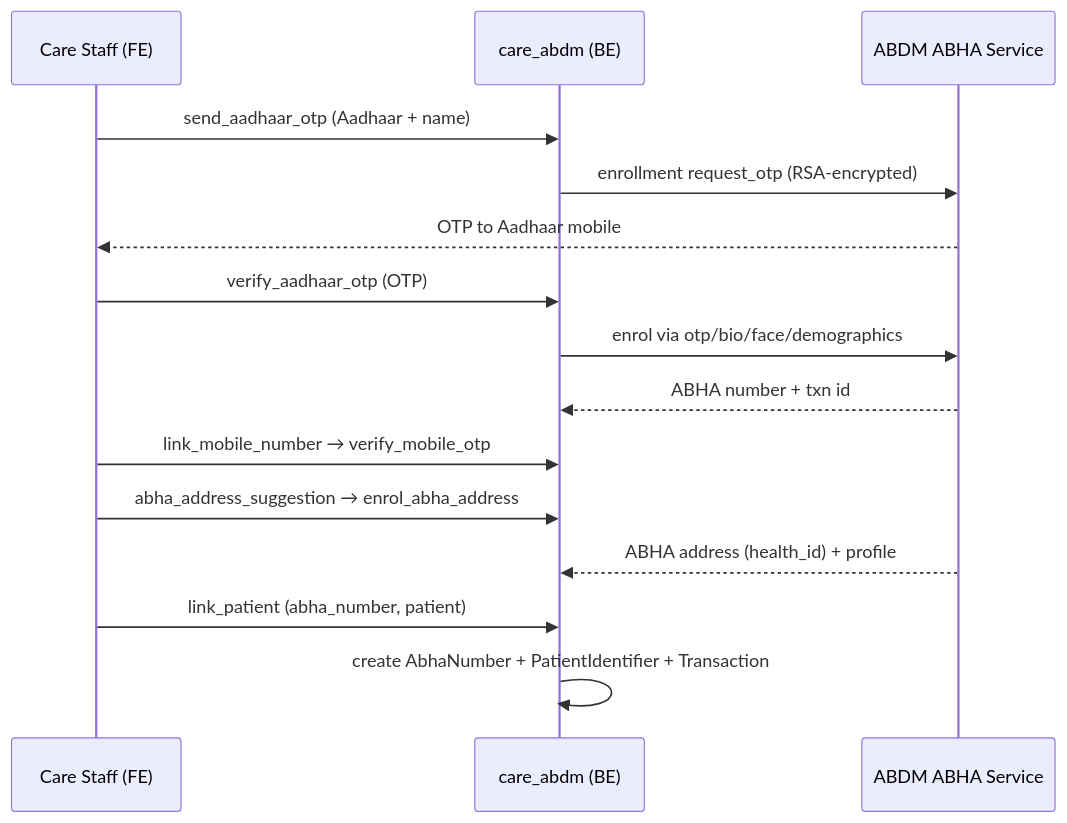
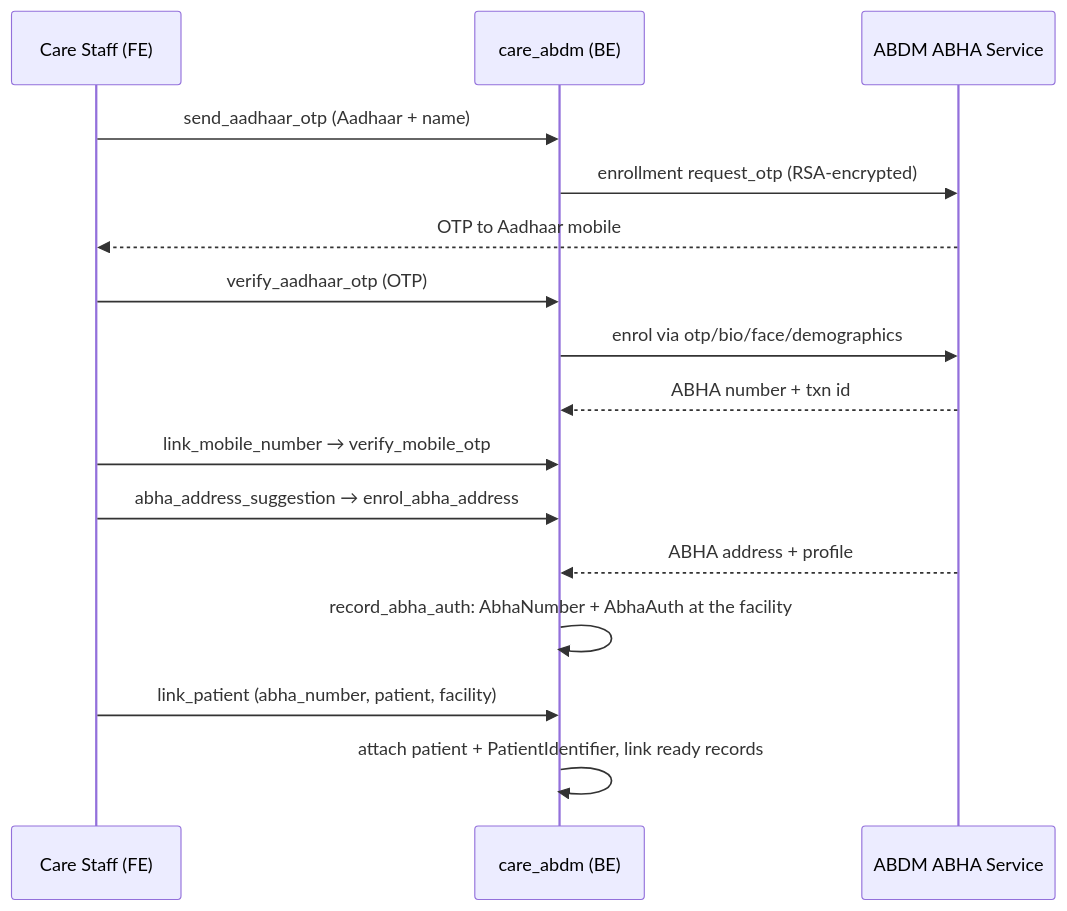
The second of 4 diagrams in ABDM_INTEGRATION.md (10bedicu/care_abdm), drawn with Mermaid before and after one commit. The commit also changed other lines of this file and 59 other files, not shown here.

First line of the commit message:
support multiple ABHA addresses with facility scoped ABHA auths

````diff
--- a/ABDM_INTEGRATION.md
+++ b/ABDM_INTEGRATION.md
@@ -650,17 +804,18 @@
 ```mermaid
 sequenceDiagram
     participant U as Care Staff (FE)
     participant BE as care_abdm (BE)
     participant ABHA as ABDM ABHA Service
     U->>BE: send_aadhaar_otp (Aadhaar + name)
     BE->>ABHA: enrollment request_otp (RSA-encrypted)
     ABHA-->>U: OTP to Aadhaar mobile
     U->>BE: verify_aadhaar_otp (OTP)
     BE->>ABHA: enrol via otp/bio/face/demographics
     ABHA-->>BE: ABHA number + txn id
     U->>BE: link_mobile_number → verify_mobile_otp
     U->>BE: abha_address_suggestion → enrol_abha_address
-    ABHA-->>BE: ABHA address (health_id) + profile
-    U->>BE: link_patient (abha_number, patient)
-    BE->>BE: create AbhaNumber + PatientIdentifier + Transaction
+    ABHA-->>BE: ABHA address + profile
+    BE->>BE: record_abha_auth: AbhaNumber + AbhaAuth at the facility
+    U->>BE: link_patient (abha_number, patient, facility)
+    BE->>BE: attach patient + PatientIdentifier, link ready records
 ```
````
